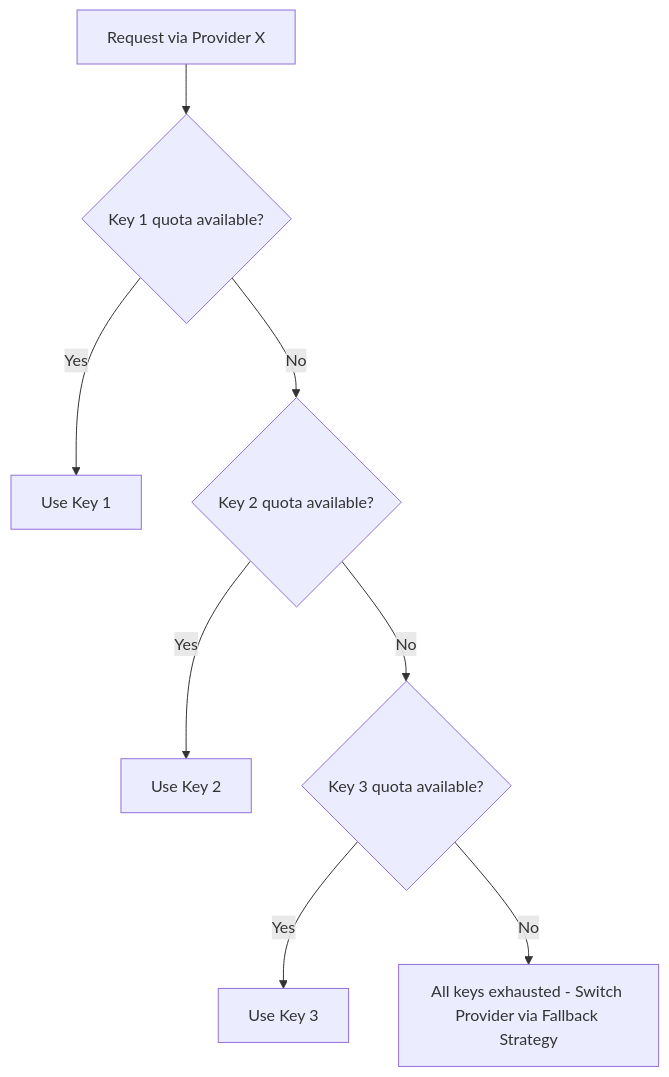
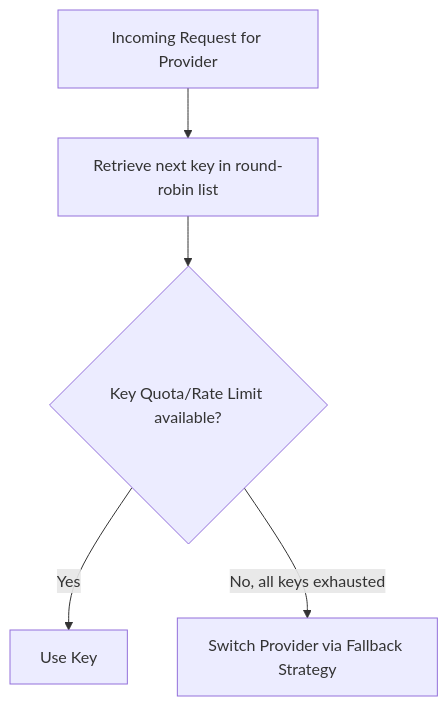
Before and after one commit to Meetvirugama/EduScribe-AI: diagram 20 of 22 in docs/2.SECOND_HALF_V22.md, drawn with Mermaid. The commit also changed other lines of this file and 10 other files, not shown here.

````diff
--- a/docs/2.SECOND_HALF_V22.md
+++ b/docs/2.SECOND_HALF_V22.md
@@ -5864,10 +5947,7 @@
 ```mermaid
 flowchart TD
-    A[Request via Provider X] --> B{Key 1 quota available?}
-    B -->|Yes| C[Use Key 1]
-    B -->|No| D{Key 2 quota available?}
-    D -->|Yes| E[Use Key 2]
-    D -->|No| F{Key 3 quota available?}
-    F -->|Yes| G[Use Key 3]
-    F -->|No| H[All keys exhausted - Switch Provider via Fallback Strategy]
+    A[Incoming Request for Provider] --> B[Retrieve next key in round-robin list]
+    B --> C{Key Quota/Rate Limit available?}
+    C -->|Yes| D[Use Key]
+    C -->|No, all keys exhausted| E[Switch Provider via Fallback Strategy]
 ```
````
